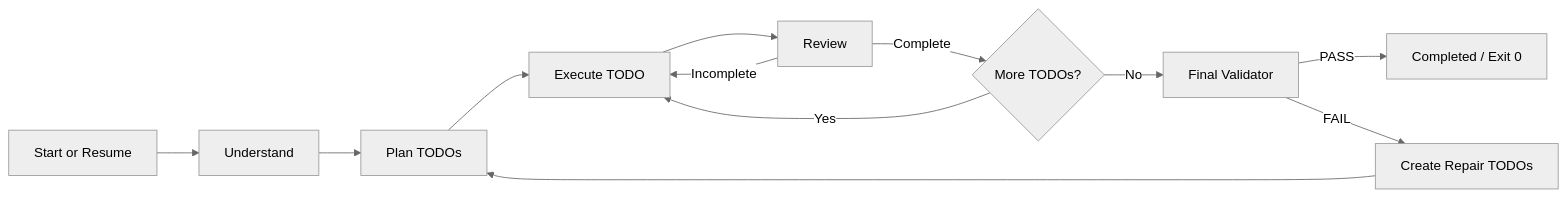
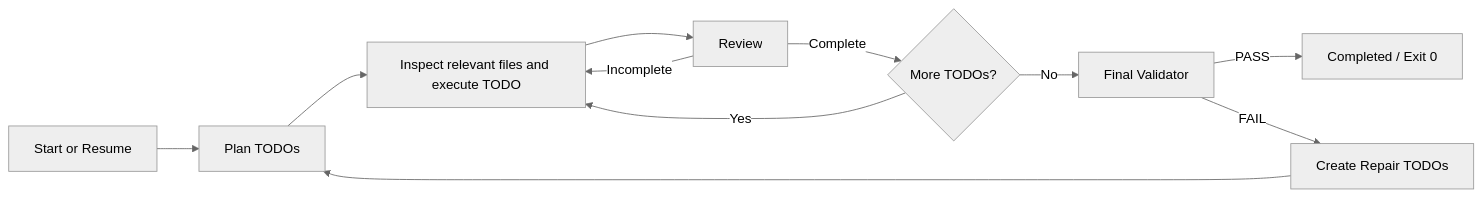
The first of 9 diagrams in docs/DESIGN.md (kevin840307/ai-task-runner), drawn with Mermaid (neutral theme) before and after one commit. The commit also changed other lines of this file and 26 other files, not shown here.

````diff
--- a/docs/DESIGN.md
+++ b/docs/DESIGN.md
@@ -43,14 +42,13 @@
 ```mermaid
 flowchart LR
-    A[Start or Resume] --> B[Understand]
-    B --> C[Plan TODOs]
-    C --> D[Execute TODO]
+    A[Start or Resume] --> C[Plan TODOs]
+    C --> D[Inspect relevant files and execute TODO]
     D --> E[Review]
     E -- Incomplete --> D
     E -- Complete --> F{More TODOs?}
     F -- Yes --> D
     F -- No --> G[Final Validator]
     G -- PASS --> H[Completed / Exit 0]
     G -- FAIL --> I[Create Repair TODOs]
     I --> C
 ```
````
